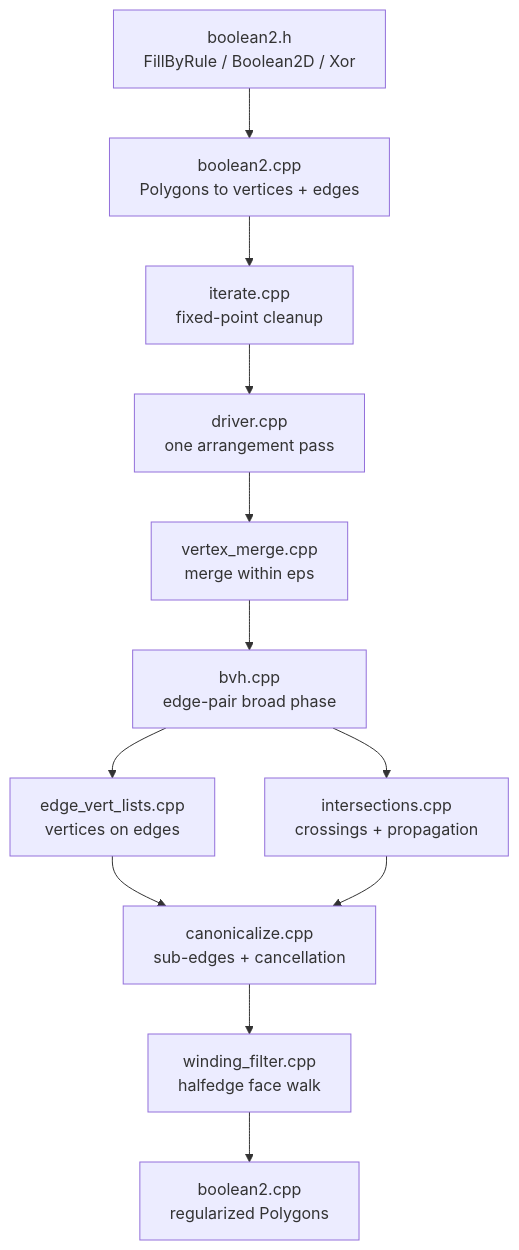
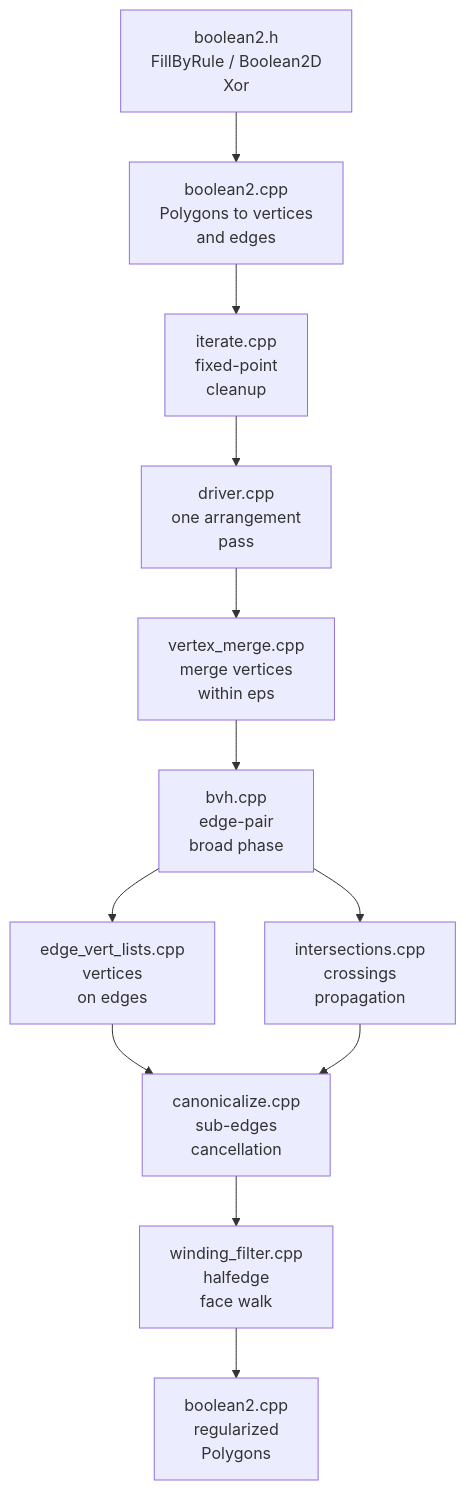
Before and after one commit to elalish/manifold: the diagram in docs/Boolean2.md, drawn with Mermaid.

Commit message:
Balance Boolean2 diagram label wrapping

````diff
--- a/docs/Boolean2.md
+++ b/docs/Boolean2.md
@@ -71,33 +71,44 @@
 ```mermaid
 %%{init: {"flowchart": {"wrappingWidth": 320}} }%%
 flowchart TD
   API["`boolean2.h
-  FillByRule / Boolean2D / Xor`"]
+FillByRule / Boolean2D
+Xor`"]
   Wrapper["`boolean2.cpp
-  Polygons to vertices + edges`"]
+Polygons to vertices
+and edges`"]
   Iterate["`iterate.cpp
-  fixed-point cleanup`"]
+fixed-point
+cleanup`"]
   Driver["`driver.cpp
-  one arrangement pass`"]
+one arrangement
+pass`"]
   Merge["`vertex_merge.cpp
-  merge within eps`"]
+merge vertices
+within eps`"]
   Pairs["`bvh.cpp
-  edge-pair broad phase`"]
+edge-pair
+broad phase`"]
   Lists["`edge_vert_lists.cpp
-  vertices on edges`"]
+vertices
+on edges`"]
   Ix["`intersections.cpp
-  crossings + propagation`"]
+crossings
+propagation`"]
   Canon["`canonicalize.cpp
-  sub-edges + cancellation`"]
+sub-edges
+cancellation`"]
   Filter["`winding_filter.cpp
-  halfedge face walk`"]
+halfedge
+face walk`"]
   Output["`boolean2.cpp
-  regularized Polygons`"]
+regularized
+Polygons`"]
 
   API --> Wrapper --> Iterate --> Driver
   Driver --> Merge --> Pairs
   Pairs --> Lists
   Pairs --> Ix
   Lists --> Canon
   Ix --> Canon --> Filter --> Output
 ```
````
